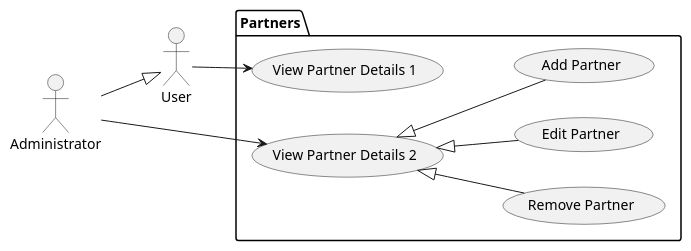
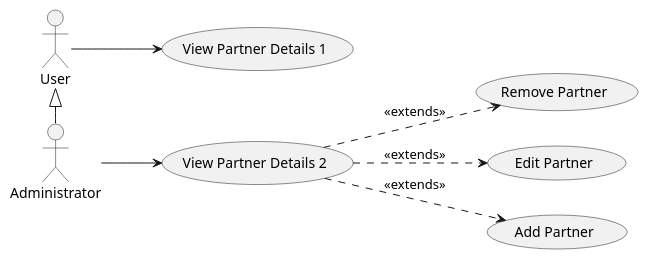
Before and after one commit to iusildra/WineCellar: diagram 11 of 13 in doc/reports/usecaseAnalysis/plantuml/detailledUsecases.plantuml, drawn with PlantUML. The commit also changed other lines of this file and 38 other files, not shown here.

```diff
--- a/doc/reports/usecaseAnalysis/plantuml/detailledUsecases.plantuml
+++ b/doc/reports/usecaseAnalysis/plantuml/detailledUsecases.plantuml
@@ -154,20 +146,16 @@
 @startuml partnerManagement
 
 left to right direction
 actor "User" as user
 actor "Administrator" as admin
 
-package Partners {
+user --> (View Partner Details 1)
+admin -l-|> user
 
-    user --> (View Partner Details 1)
-    admin --|> user
-
-    admin --> (View Partner Details 2)
-    (View Partner Details 2) <|-- (Remove Partner)
-    (View Partner Details 2) <|-- (Edit Partner)
-    (View Partner Details 2) <|-- (Add Partner)
-
-}
+admin --> (View Partner Details 2)
+(View Partner Details 2) ..> (Remove Partner): <<extends>>
+(View Partner Details 2) ..> (Edit Partner): <<extends>>
+(View Partner Details 2) ..> (Add Partner): <<extends>>
 
 
 @enduml
```
